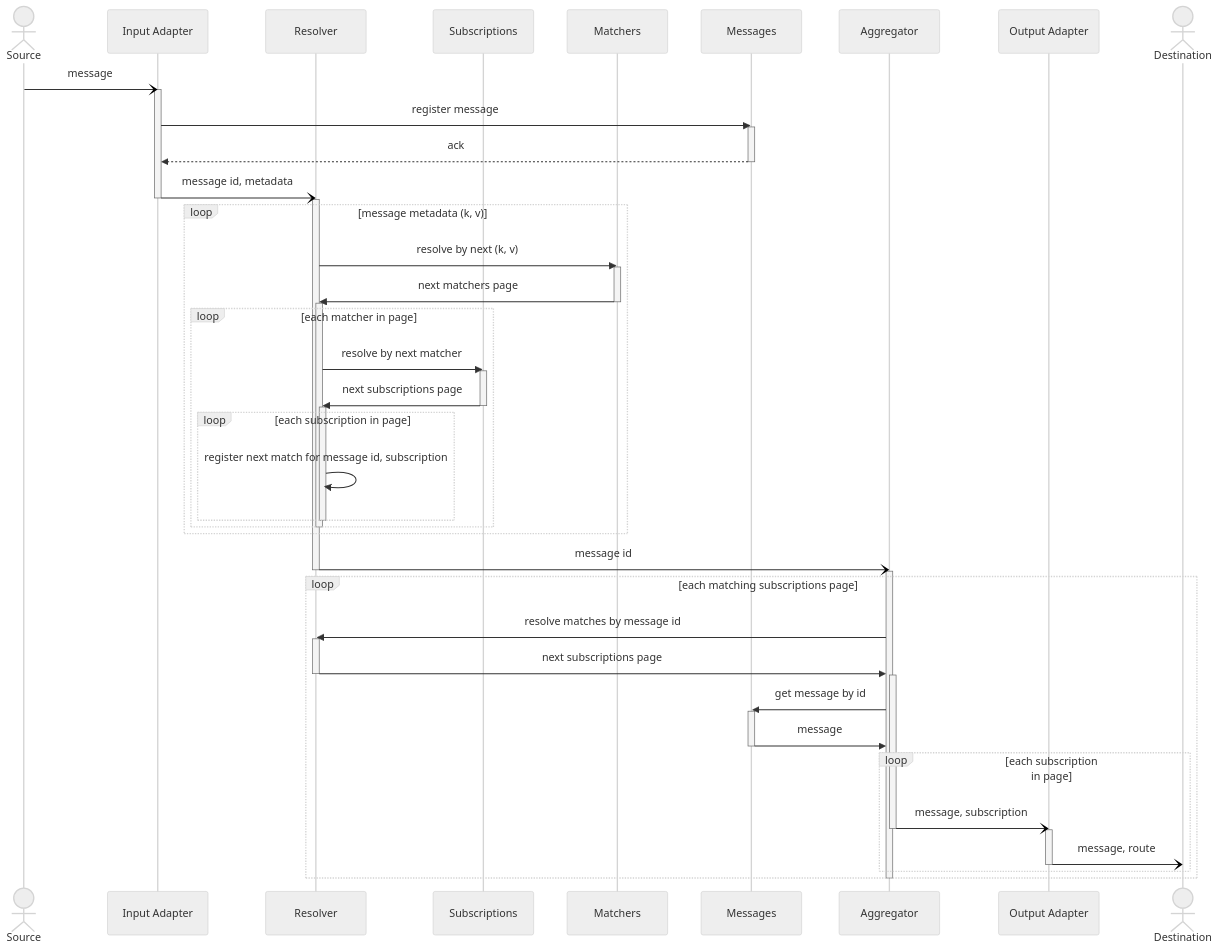
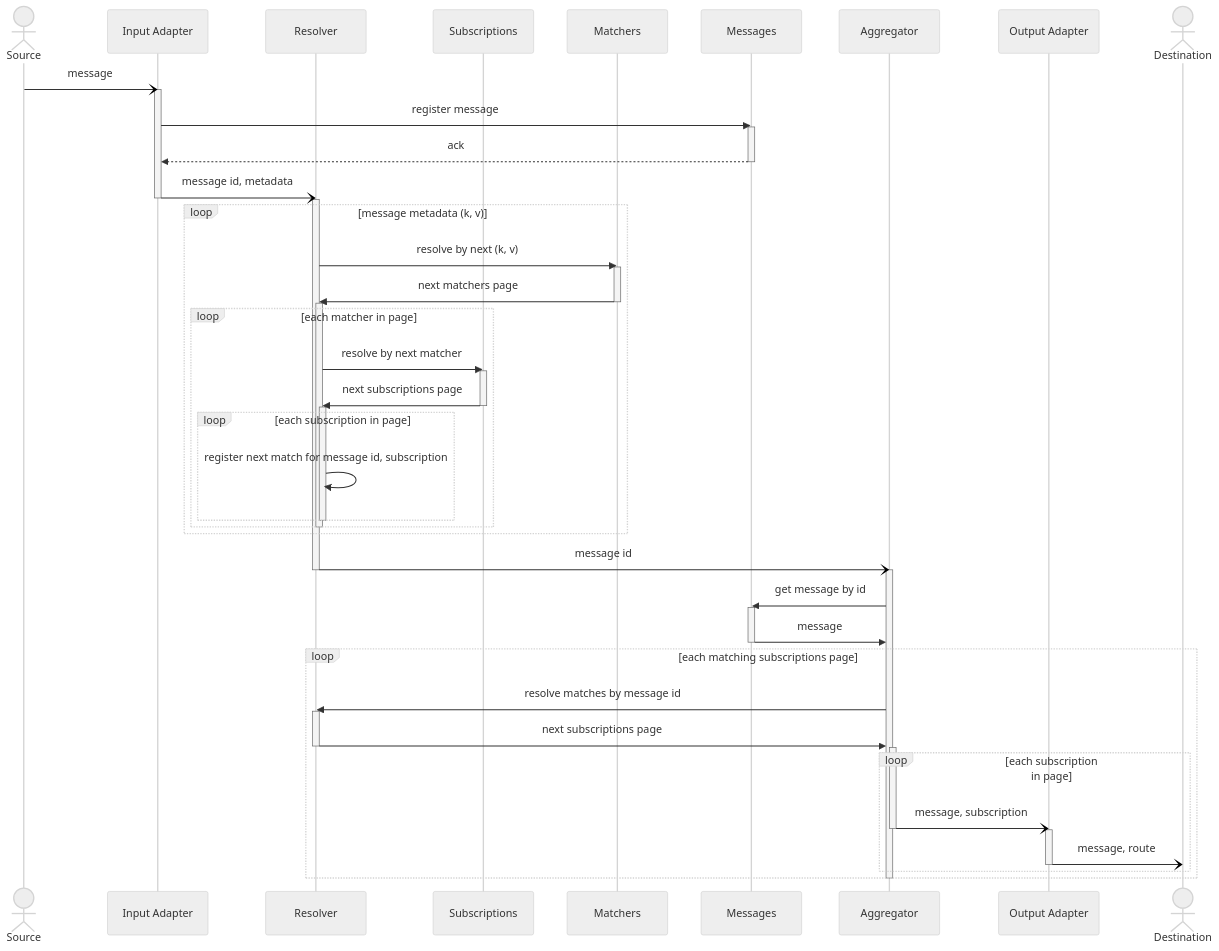
The diagram in profile/README.md (awakari/.github), drawn with Mermaid before and after one commit.

````diff
--- a/profile/README.md
+++ b/profile/README.md
@@ -13,79 +13,80 @@
 ```mermaid
 %%{init: {'theme': 'neutral' } }%%
 sequenceDiagram
 
     actor Source
     participant Input Adapter
     participant Resolver
     participant Subscriptions
     participant Matchers
     participant Messages
     participant Aggregator
     participant Output Adapter
     actor Destination
 
     Source-)Input Adapter: message
     activate Input Adapter
     
     Input Adapter->>Messages: register message
     activate Messages
     Messages-->>Input Adapter: ack
     deactivate Messages
     
     Input Adapter-)Resolver: message id, metadata
     deactivate Input Adapter
     activate Resolver
     
     loop message metadata (k, v)
     
         Resolver->>Matchers: resolve by next (k, v)
         activate Matchers
         Matchers->>Resolver: next matchers page
         deactivate Matchers
         
         activate Resolver
         loop each matcher in page
             
             Resolver->>Subscriptions: resolve by next matcher
             activate Subscriptions
             Subscriptions->>Resolver: next subscriptions page
             deactivate Subscriptions
             
             activate Resolver
             loop each subscription in page
                 Resolver->>Resolver: register next match for message id, subscription
             end
             deactivate Resolver
             
         end
         deactivate Resolver
     end
     
     Resolver-)Aggregator: message id
     deactivate Resolver
 
     activate Aggregator
+    
+    Aggregator->>Messages: get message by id
+    activate Messages
+    Messages->>Aggregator: message
+    deactivate Messages
+    
     loop each matching subscriptions page
         
         Aggregator->>Resolver: resolve matches by message id
         activate Resolver
         Resolver->>Aggregator: next subscriptions page
         deactivate Resolver
         
         activate Aggregator
-        Aggregator->>Messages: get message by id
-        activate Messages
-        Messages->>Aggregator: message
-        deactivate Messages
-        
         loop each subscription in page
             Aggregator-)Output Adapter: message, subscription
             deactivate Aggregator
             activate Output Adapter
             Output Adapter-)Destination: message, route
             deactivate Output Adapter
         end
         
     end
     deactivate Aggregator
 ```
````
